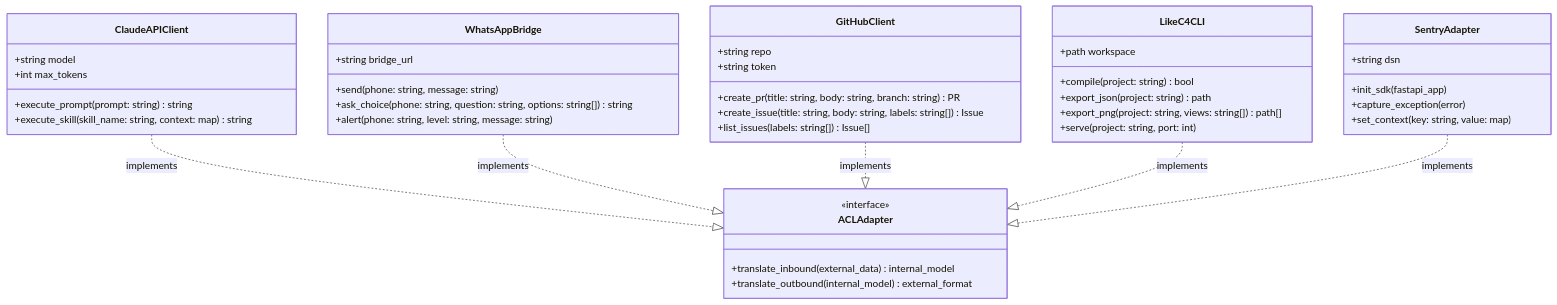
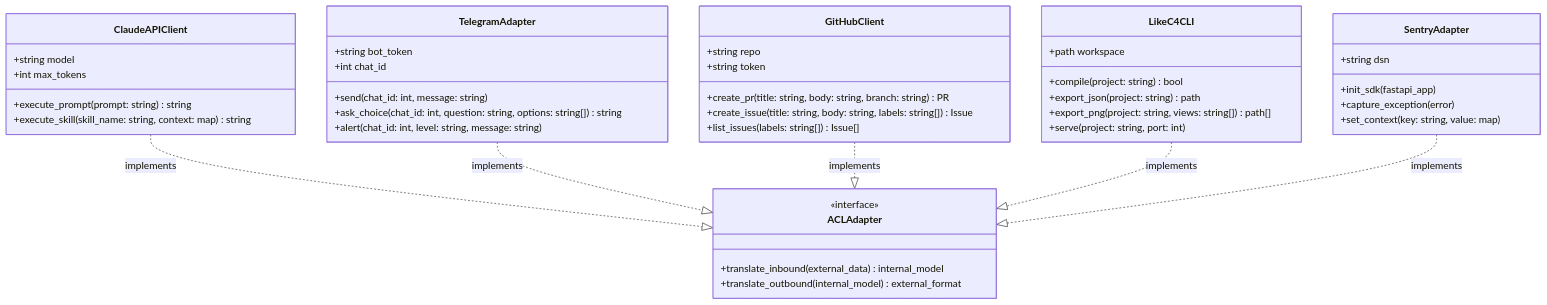
Before and after one commit to paceautomations/madruga.ai: the sixth of 7 diagrams in platforms/madruga-ai/engineering/domain-model.md, drawn with Mermaid. The commit also changed other lines of this file and 74 other files, not shown here.

First line of the commit message:
feat: epic-breakdown, roadmap expansion, skills hardening, portal polish, new ADRs 018-019

````diff
--- a/platforms/madruga-ai/engineering/domain-model.md
+++ b/platforms/madruga-ai/engineering/domain-model.md
@@ -464,51 +556,52 @@
 ```mermaid
 classDiagram
     class ClaudeAPIClient {
         +string model
         +int max_tokens
         +execute_prompt(prompt: string) string
         +execute_skill(skill_name: string, context: map) string
     }
 
-    class WhatsAppBridge {
-        +string bridge_url
-        +send(phone: string, message: string)
-        +ask_choice(phone: string, question: string, options: string[]) string
-        +alert(phone: string, level: string, message: string)
+    class TelegramAdapter {
+        +string bot_token
+        +int chat_id
+        +send(chat_id: int, message: string)
+        +ask_choice(chat_id: int, question: string, options: string[]) string
+        +alert(chat_id: int, level: string, message: string)
     }
 
     class GitHubClient {
         +string repo
         +string token
         +create_pr(title: string, body: string, branch: string) PR
         +create_issue(title: string, body: string, labels: string[]) Issue
         +list_issues(labels: string[]) Issue[]
     }
 
     class LikeC4CLI {
         +path workspace
         +compile(project: string) bool
         +export_json(project: string) path
         +export_png(project: string, views: string[]) path[]
         +serve(project: string, port: int)
     }
 
     class SentryAdapter {
         +string dsn
         +init_sdk(fastapi_app)
         +capture_exception(error)
         +set_context(key: string, value: map)
     }
 
     class ACLAdapter {
         <<interface>>
         +translate_inbound(external_data) internal_model
         +translate_outbound(internal_model) external_format
     }
 
     ClaudeAPIClient ..|> ACLAdapter : implements
-    WhatsAppBridge ..|> ACLAdapter : implements
+    TelegramAdapter ..|> ACLAdapter : implements
     GitHubClient ..|> ACLAdapter : implements
     LikeC4CLI ..|> ACLAdapter : implements
     SentryAdapter ..|> ACLAdapter : implements
 ```
````
